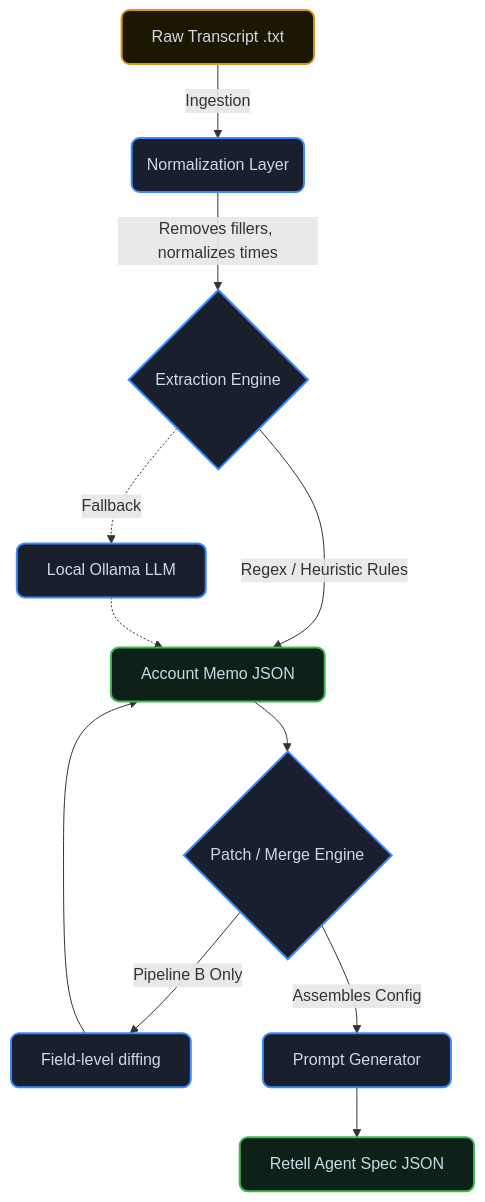
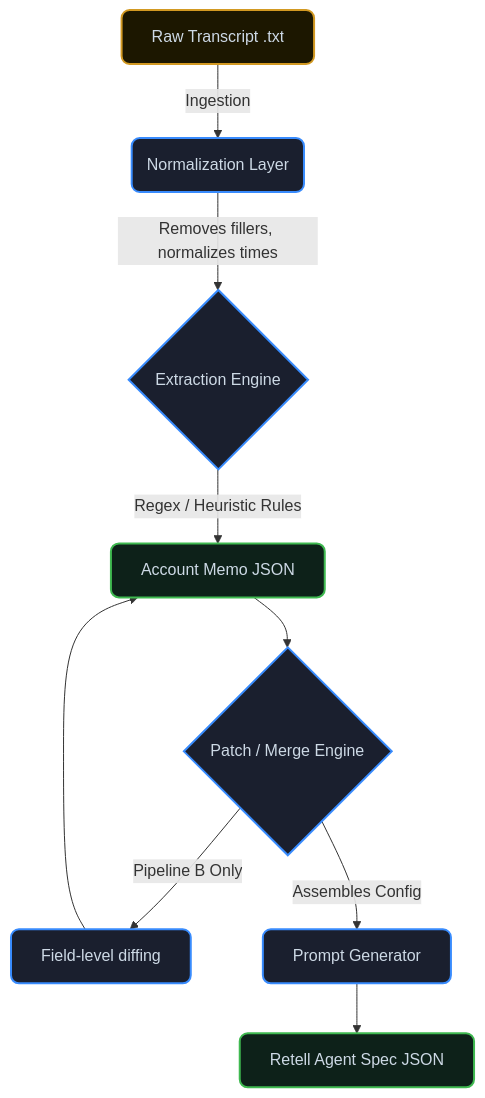
The diagram in README.md (DSK2307/Zentrade_Assignment), drawn with Mermaid before and after one commit. The commit also changed other lines of this file, not shown here.

Commit message:
Remove Ollama/Llama references from README

````diff
--- a/README.md
+++ b/README.md
@@ -34,25 +34,22 @@
 ```mermaid
 graph TD
     classDef default fill:#1a1f2e,stroke:#388bfd,stroke-width:2px,color:#cdd9e5,rx:8px,ry:8px
     classDef output fill:#0d2119,stroke:#3fb950,stroke-width:2px,color:#cdd9e5,rx:8px,ry:8px
     classDef input fill:#1c1700,stroke:#d29922,stroke-width:2px,color:#cdd9e5,rx:8px,ry:8px
 
     A[Raw Transcript .txt] -->|Ingestion| B(Normalization Layer)
     class A input
     
     B -->|Removes fillers, normalizes times| C{Extraction Engine}
     C -->|Regex / Heuristic Rules| D[Account Memo JSON]
-    C -.->|Fallback| LLM[Local Ollama LLM]
-    LLM -.-> D
-    
     D --> E{Patch / Merge Engine}
     
     E -->|Pipeline B Only| F[Field-level diffing]
     F --> D
     
     E -->|Assembles Config| G[Prompt Generator]
     
     G --> H[Retell Agent Spec JSON]
     
     class D,H output
 ```
````
